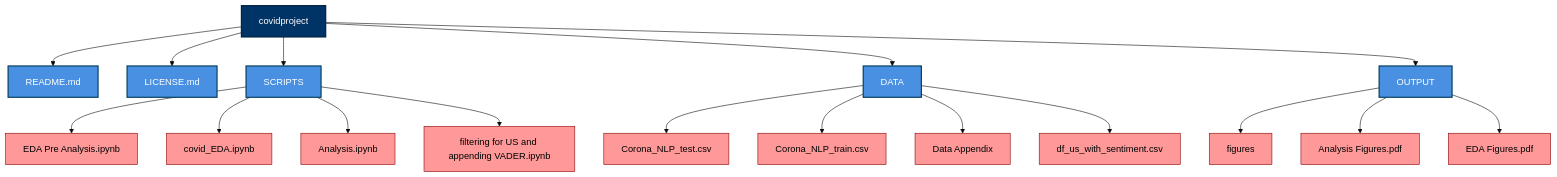
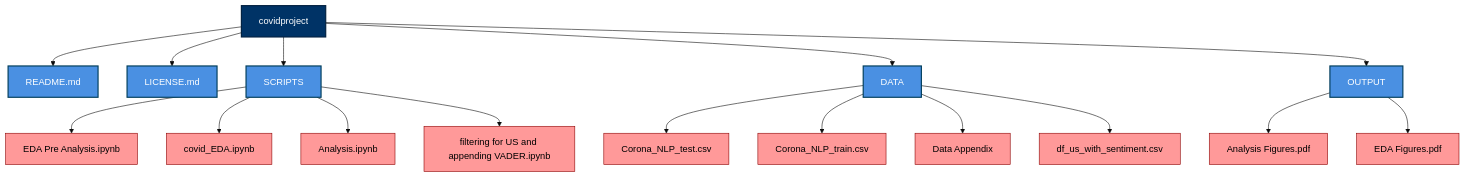
Before and after one commit to l-e13/covidproject: the diagram in README.md, drawn with Mermaid (base theme). The commit also changed other lines of this file, not shown here.

````diff
--- a/README.md
+++ b/README.md
@@ -34,60 +34,57 @@
 ```mermaid
 graph TB
   A[covidproject]
   A1[README.md]
   A2[LICENSE.md]
   B[SCRIPTS]
   B1[EDA Pre Analysis.ipynb]
   B2[covid_EDA.ipynb]
   B3[Analysis.ipynb]
   B4[filtering for US and appending VADER.ipynb]
   C[DATA]
   C1[Corona_NLP_test.csv]
   C2[Corona_NLP_train.csv]
   C4[df_us_with_sentiment.csv]
   C3[Data Appendix]
   D[OUTPUT]
-  D1[figures]
   D2[Analysis Figures.pdf]
   D3[EDA Figures.pdf]
 
   A --> A1
   A --> A2
   A --> B
   B --> B1
   B --> B2
   B --> B3
   B --> B4
   A --> C
   C --> C1
   C --> C2
   C --> C3
   C --> C4
   A --> D
-  D --> D1
   D --> D2
   D --> D3
 
   %% Styling for main project folder (Dark Blue)
   style A fill:#003366,stroke:#001f3f,stroke-width:2px,color:white;
 
   %% Styling for main categories (Light Blue)
   style A1 fill:#4a90e2,stroke:#003d5b,stroke-width:2px,color:white;
   style A2 fill:#4a90e2,stroke:#003d5b,stroke-width:2px,color:white;
   style B fill:#4a90e2,stroke:#003d5b,stroke-width:2px,color:white;
   style C fill:#4a90e2,stroke:#003d5b,stroke-width:2px,color:white;
   style D fill:#4a90e2,stroke:#003d5b,stroke-width:2px,color:white;
 
   %% Styling for subsets (Light Red)
   style B1 fill:#ff9999,stroke:#8b0000,stroke-width:1px,color:black;
   style B2 fill:#ff9999,stroke:#8b0000,stroke-width:1px,color:black;
   style B3 fill:#ff9999,stroke:#8b0000,stroke-width:1px,color:black;
   style B4 fill:#ff9999,stroke:#8b0000,stroke-width:1px,color:black;
   style C1 fill:#ff9999,stroke:#8b0000,stroke-width:1px,color:black;
   style C2 fill:#ff9999,stroke:#8b0000,stroke-width:1px,color:black;
   style C3 fill:#ff9999,stroke:#8b0000,stroke-width:1px,color:black;
   style C4 fill:#ff9999,stroke:#8b0000,stroke-width:1px,color:black;
-  style D1 fill:#ff9999,stroke:#8b0000,stroke-width:1px,color:black;
   style D2 fill:#ff9999,stroke:#8b0000,stroke-width:1px,color:black;
   style D3 fill:#ff9999,stroke:#8b0000,stroke-width:1px,color:black;
 ```
````
